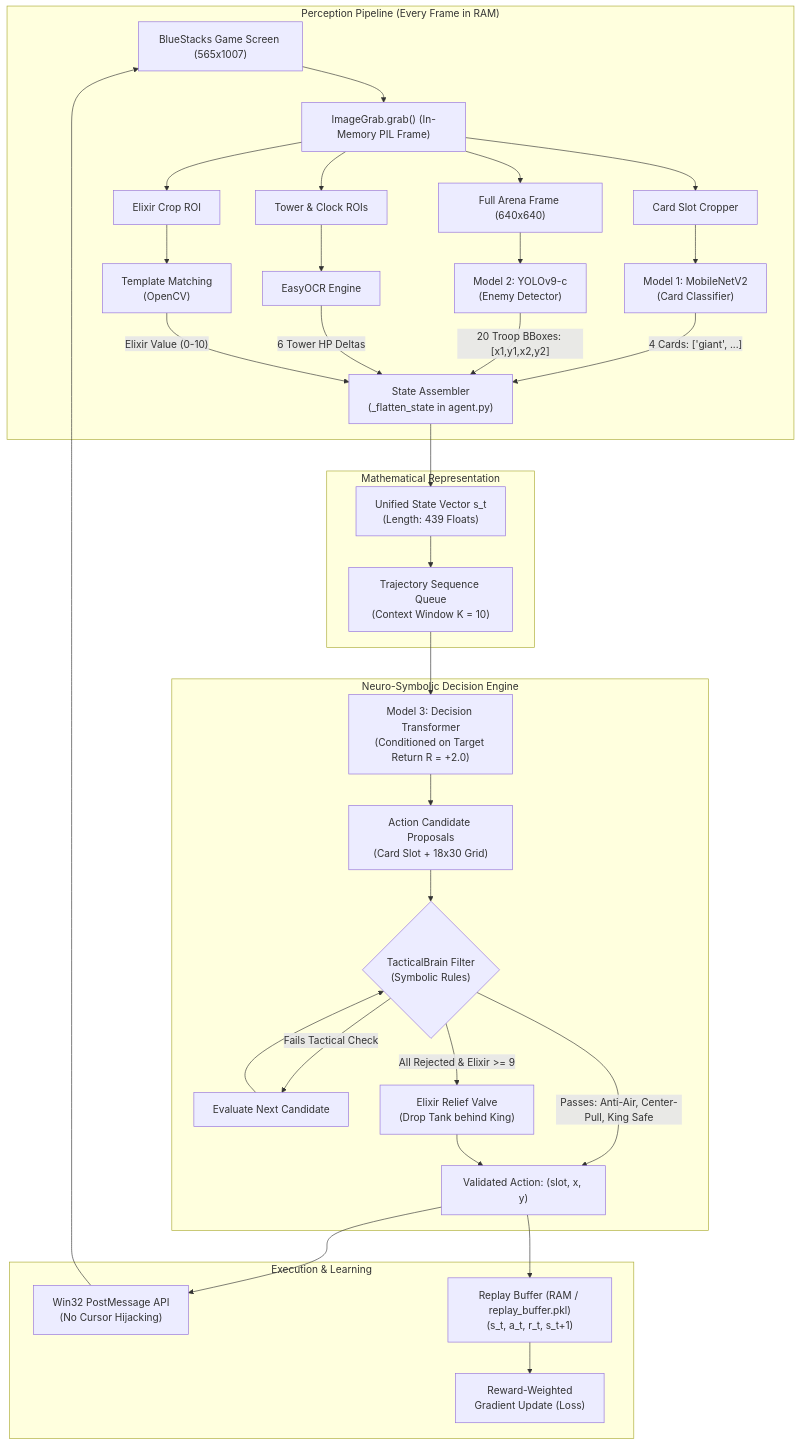
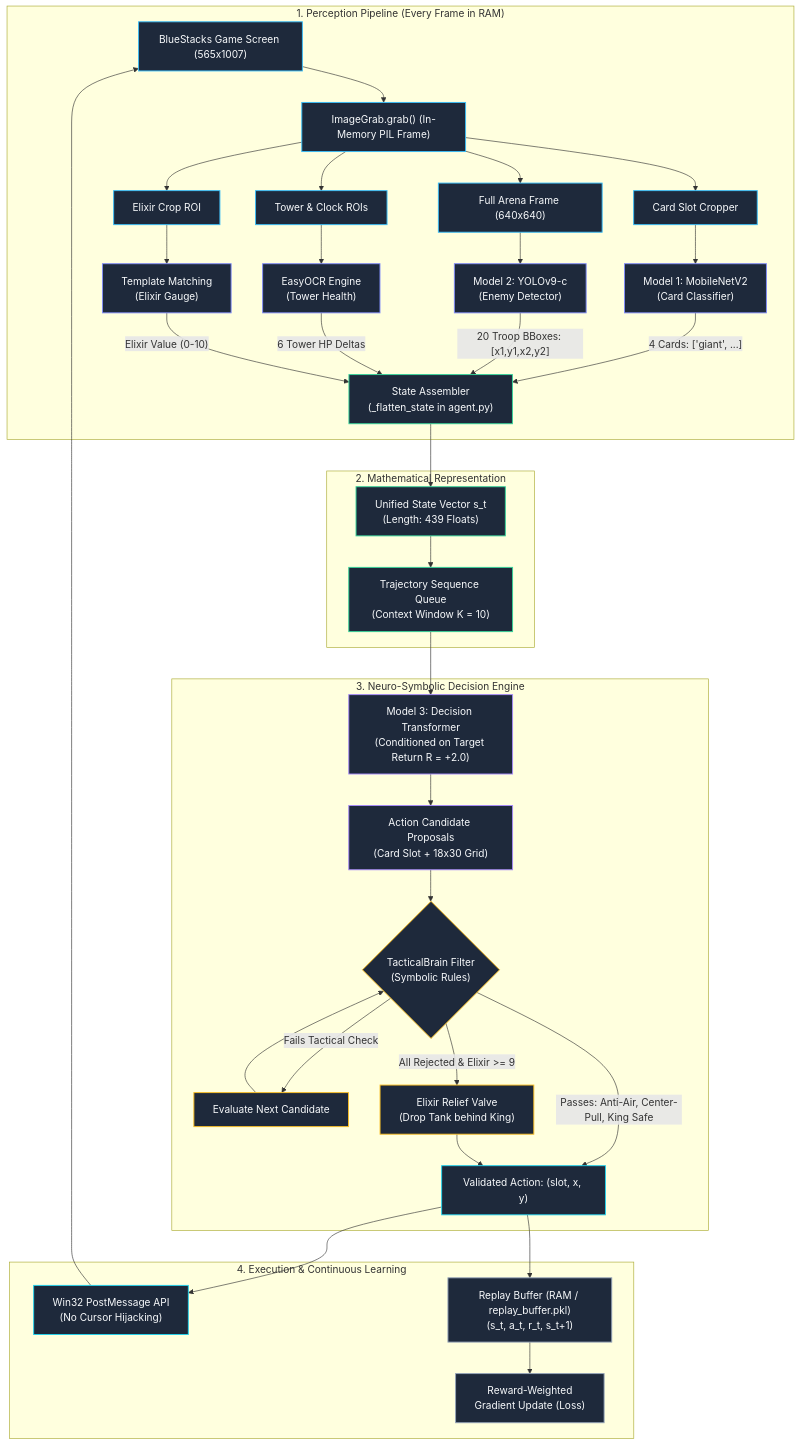
Before and after one commit to wavexnani/dl_project: the first of 2 diagrams in README.md, drawn with Mermaid. The commit also changed other lines of this file, not shown here.

Commit message:
style(readme): apply cohesive Slate & Tailwind accent palette to architecture diagrams

````diff
--- a/README.md
+++ b/README.md
@@ -17,44 +17,53 @@
 ```mermaid
 graph TD
-    subgraph S1["Perception Pipeline (Every Frame in RAM)"]
-        BS["BlueStacks Game Screen (565x1007)"] --> GRAB["ImageGrab.grab() (In-Memory PIL Frame)"]
-        GRAB --> CROP["Card Slot Cropper"]
-        GRAB --> FULL["Full Arena Frame (640x640)"]
-        GRAB --> OCR["Tower & Clock ROIs"]
-        GRAB --> ELX["Elixir Crop ROI"]
+    %% Professional Slate & Accent Theme
+    classDef input fill:#1e293b,stroke:#38bdf8,stroke-width:1.5px,color:#f8fafc;
+    classDef model fill:#1e293b,stroke:#818cf8,stroke-width:1.5px,color:#f8fafc;
+    classDef synth fill:#1e293b,stroke:#34d399,stroke-width:1.5px,color:#f8fafc;
+    classDef brain fill:#1e293b,stroke:#a78bfa,stroke-width:1.5px,color:#f8fafc;
+    classDef rule fill:#1e293b,stroke:#fbbf24,stroke-width:1.5px,color:#f8fafc;
+    classDef action fill:#1e293b,stroke:#22d3ee,stroke-width:1.5px,color:#f8fafc;
+    classDef training fill:#1e293b,stroke:#94a3b8,stroke-width:1.5px,color:#f8fafc;
+
+    subgraph S1["1. Perception Pipeline (Every Frame in RAM)"]
+        BS["BlueStacks Game Screen (565x1007)"]:::input --> GRAB["ImageGrab.grab() (In-Memory PIL Frame)"]:::input
+        GRAB --> CROP["Card Slot Cropper"]:::input
+        GRAB --> FULL["Full Arena Frame (640x640)"]:::input
+        GRAB --> OCR["Tower & Clock ROIs"]:::input
+        GRAB --> ELX["Elixir Crop ROI"]:::input
         
-        CROP --> M1["Model 1: MobileNetV2\n(Card Classifier)"]
-        FULL --> M2["Model 2: YOLOv9-c\n(Enemy Detector)"]
-        OCR --> M_OCR["EasyOCR Engine"]
-        ELX --> M_ELX["Template Matching\n(OpenCV)"]
+        CROP --> M1["Model 1: MobileNetV2\n(Card Classifier)"]:::model
+        FULL --> M2["Model 2: YOLOv9-c\n(Enemy Detector)"]:::model
+        OCR --> M_OCR["EasyOCR Engine\n(Tower Health)"]:::model
+        ELX --> M_ELX["Template Matching\n(Elixir Gauge)"]:::model
         
-        M1 -->|"4 Cards: ['giant', ...]"| STATE["State Assembler\n(_flatten_state in agent.py)"]
+        M1 -->|"4 Cards: ['giant', ...]"| STATE["State Assembler\n(_flatten_state in agent.py)"]:::synth
         M2 -->|"20 Troop BBoxes: [x1,y1,x2,y2]"| STATE
         M_OCR -->|"6 Tower HP Deltas"| STATE
         M_ELX -->|"Elixir Value (0-10)"| STATE
     end
 
-    subgraph S2["Mathematical Representation"]
-        STATE --> VEC["Unified State Vector s_t\n(Length: 439 Floats)"]
-        VEC --> HIST["Trajectory Sequence Queue\n(Context Window K = 10)"]
+    subgraph S2["2. Mathematical Representation"]
+        STATE --> VEC["Unified State Vector s_t\n(Length: 439 Floats)"]:::synth
+        VEC --> HIST["Trajectory Sequence Queue\n(Context Window K = 10)"]:::synth
     end
 
-    subgraph S3["Neuro-Symbolic Decision Engine"]
-        HIST --> DT["Model 3: Decision Transformer\n(Conditioned on Target Return R = +2.0)"]
-        DT --> CAND["Action Candidate Proposals\n(Card Slot + 18x30 Grid)"]
+    subgraph S3["3. Neuro-Symbolic Decision Engine"]
+        HIST --> DT["Model 3: Decision Transformer\n(Conditioned on Target Return R = +2.0)"]:::brain
+        DT --> CAND["Action Candidate Proposals\n(Card Slot + 18x30 Grid)"]:::brain
         
-        CAND --> TB{"TacticalBrain Filter\n(Symbolic Rules)"}
-        TB -->|"Passes: Anti-Air, Center-Pull, King Safe"| EXEC["Validated Action: (slot, x, y)"]
-        TB -->|"Fails Tactical Check"| NEXT_CAND["Evaluate Next Candidate"]
+        CAND --> TB{"TacticalBrain Filter\n(Symbolic Rules)"}:::rule
+        TB -->|"Passes: Anti-Air, Center-Pull, King Safe"| EXEC["Validated Action: (slot, x, y)"]:::action
+        TB -->|"Fails Tactical Check"| NEXT_CAND["Evaluate Next Candidate"]:::rule
         NEXT_CAND --> TB
-        TB -->|"All Rejected & Elixir >= 9"| RELIEF["Elixir Relief Valve\n(Drop Tank behind King)"]
+        TB -->|"All Rejected & Elixir >= 9"| RELIEF["Elixir Relief Valve\n(Drop Tank behind King)"]:::rule
         RELIEF --> EXEC
     end
 
-    subgraph S4["Execution & Learning"]
-        EXEC --> POST["Win32 PostMessage API\n(No Cursor Hijacking)"]
+    subgraph S4["4. Execution & Continuous Learning"]
+        EXEC --> POST["Win32 PostMessage API\n(No Cursor Hijacking)"]:::action
         POST --> BS
-        EXEC --> BUFF["Replay Buffer (RAM / replay_buffer.pkl)\n(s_t, a_t, r_t, s_t+1)"]
-        BUFF --> TRAIN["Reward-Weighted\nGradient Update (Loss)"]
+        EXEC --> BUFF["Replay Buffer (RAM / replay_buffer.pkl)\n(s_t, a_t, r_t, s_t+1)"]:::training
+        BUFF --> TRAIN["Reward-Weighted\nGradient Update (Loss)"]:::training
     end
 ```
````
